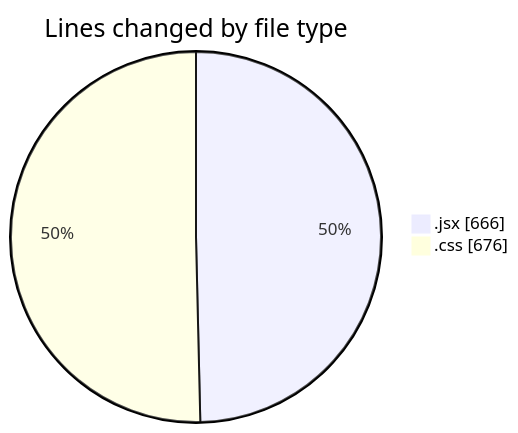
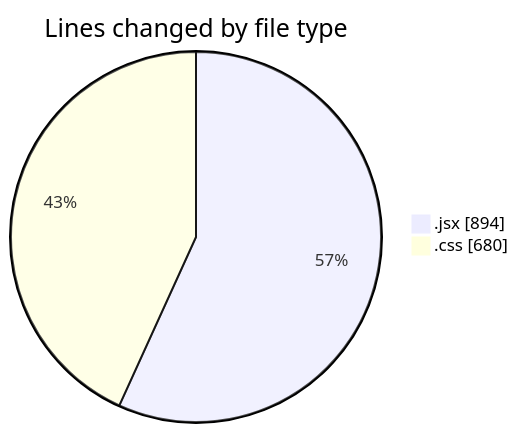
The first of 2 diagrams in 2025-05-08/recipe-app/README.md (BS-eng2023/code-tracking), drawn with Mermaid before and after one commit. The commit also changed other lines of this file and 1 other file, not shown here.

````diff
--- a/2025-05-08/recipe-app/README.md
+++ b/2025-05-08/recipe-app/README.md
@@ -25,6 +26,6 @@
 ```mermaid
 pie showData
 title Lines changed by file type
-".jsx" : 666
-".css" : 676
+".jsx" : 894
+".css" : 680
 ```
````
